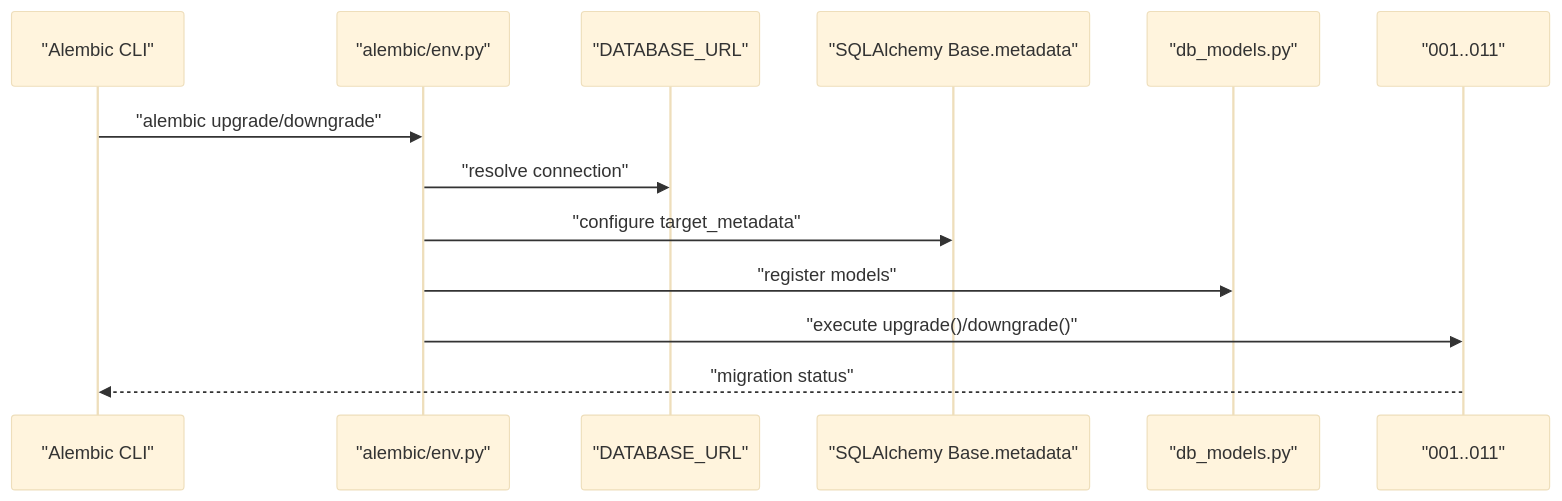
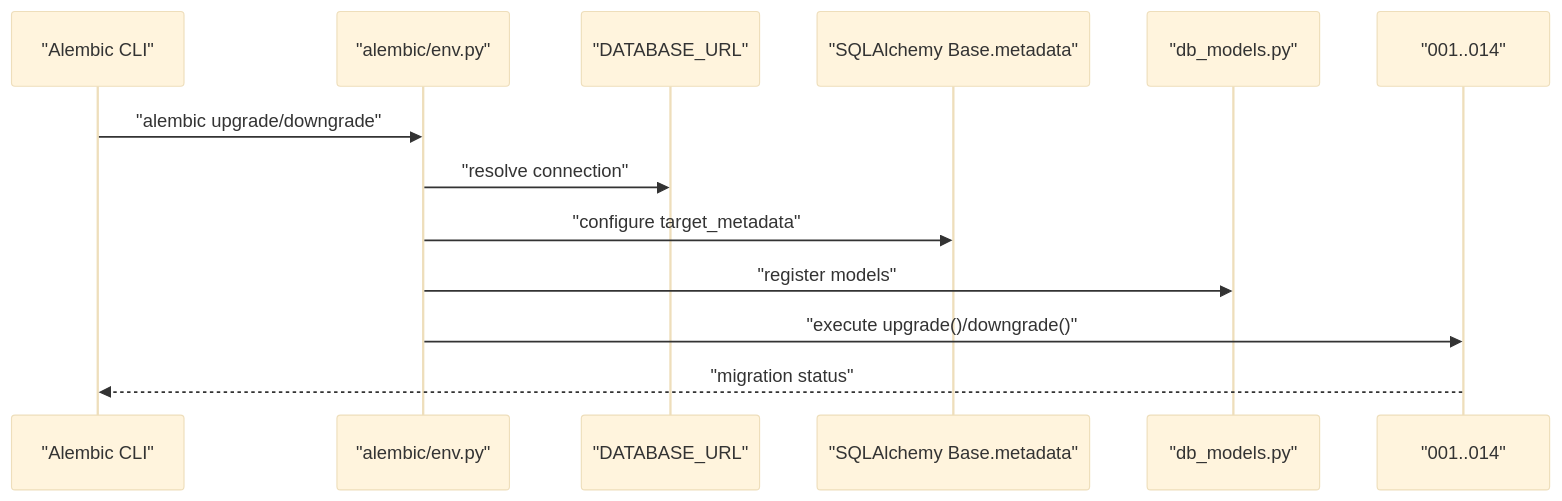
One commit to Revanththetalogics/aireume changed the second of 13 diagrams in .qoder/repowiki/en/content/Database Design/Migration Management.md. Above: the diagram before and after it, drawn with Mermaid (base theme). The commit also changed other lines of this file and 4 other files, not shown here.

````diff
--- a/.qoder/repowiki/en/content/Database Design/Migration Management.md
+++ b/.qoder/repowiki/en/content/Database Design/Migration Management.md
@@ -157,15 +177,15 @@
 ```mermaid
 sequenceDiagram
 participant CLI as "Alembic CLI"
 participant Env as "alembic/env.py"
 participant DB as "DATABASE_URL"
 participant Meta as "SQLAlchemy Base.metadata"
 participant Models as "db_models.py"
-participant Versions as "001..011"
+participant Versions as "001..014"
 CLI->>Env : "alembic upgrade/downgrade"
 Env->>DB : "resolve connection"
 Env->>Meta : "configure target_metadata"
 Env->>Models : "register models"
 Env->>Versions : "execute upgrade()/downgrade()"
 Versions-->>CLI : "migration status"
 ```
````
